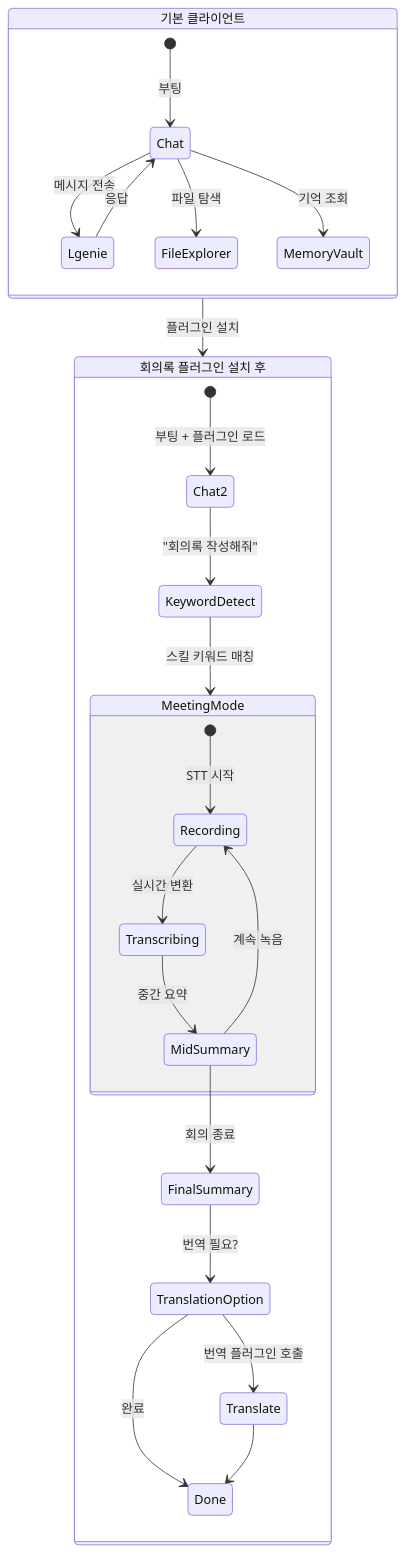
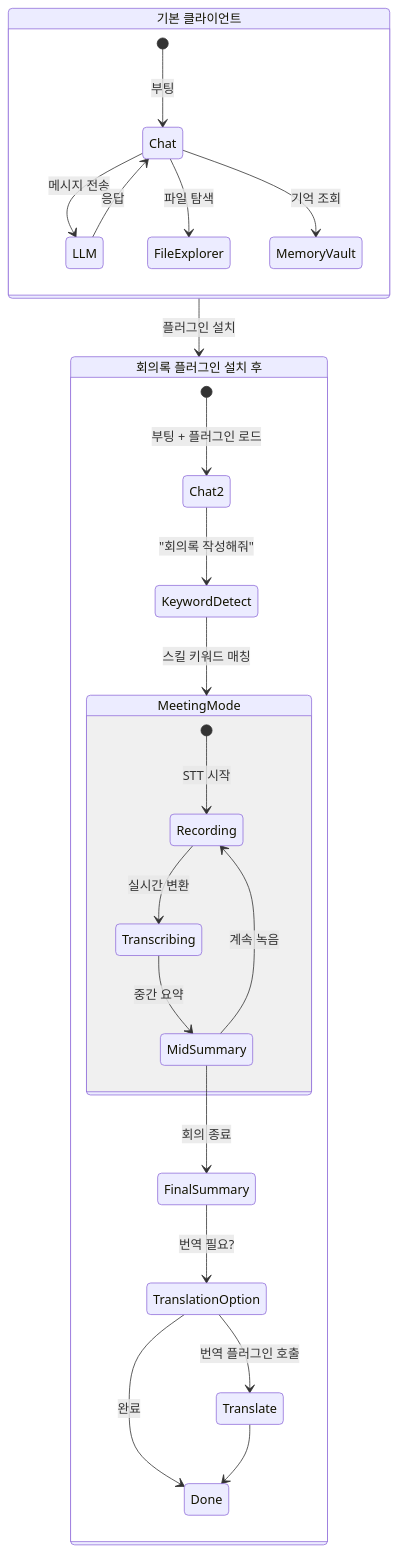
One commit to lvis-project/lvis-app changed diagram 13 of 21 in docs/architecture/architecture.reference.md. Above: the diagram before and after it, drawn with Mermaid. The commit also changed other lines of this file and 86 other files, not shown here.

````diff
--- a/docs/architecture/architecture.reference.md
+++ b/docs/architecture/architecture.reference.md
@@ -633,31 +633,31 @@
 ```mermaid
 stateDiagram-v2
     state "기본 클라이언트" as BASE {
         [*] --> Chat: 부팅
-        Chat --> Lgenie: 메시지 전송
-        Lgenie --> Chat: 응답
+        Chat --> LLM: 메시지 전송
+        LLM --> Chat: 응답
         Chat --> FileExplorer: 파일 탐색
         Chat --> MemoryVault: 기억 조회
     }
 
     state "회의록 플러그인 설치 후" as WITH_PLUGIN {
         [*] --> Chat2: 부팅 + 플러그인 로드
         Chat2 --> KeywordDetect: "회의록 작성해줘"
         KeywordDetect --> MeetingMode: 스킬 키워드 매칭
         
         state MeetingMode {
             [*] --> Recording: STT 시작
             Recording --> Transcribing: 실시간 변환
             Transcribing --> MidSummary: 중간 요약
             MidSummary --> Recording: 계속 녹음
             MidSummary --> FinalSummary: 회의 종료
         }
         
         FinalSummary --> TranslationOption: 번역 필요?
         TranslationOption --> Translate: 번역 플러그인 호출
         TranslationOption --> Done: 완료
         Translate --> Done
     }
 
     BASE --> WITH_PLUGIN: 플러그인 설치
 ```
````
